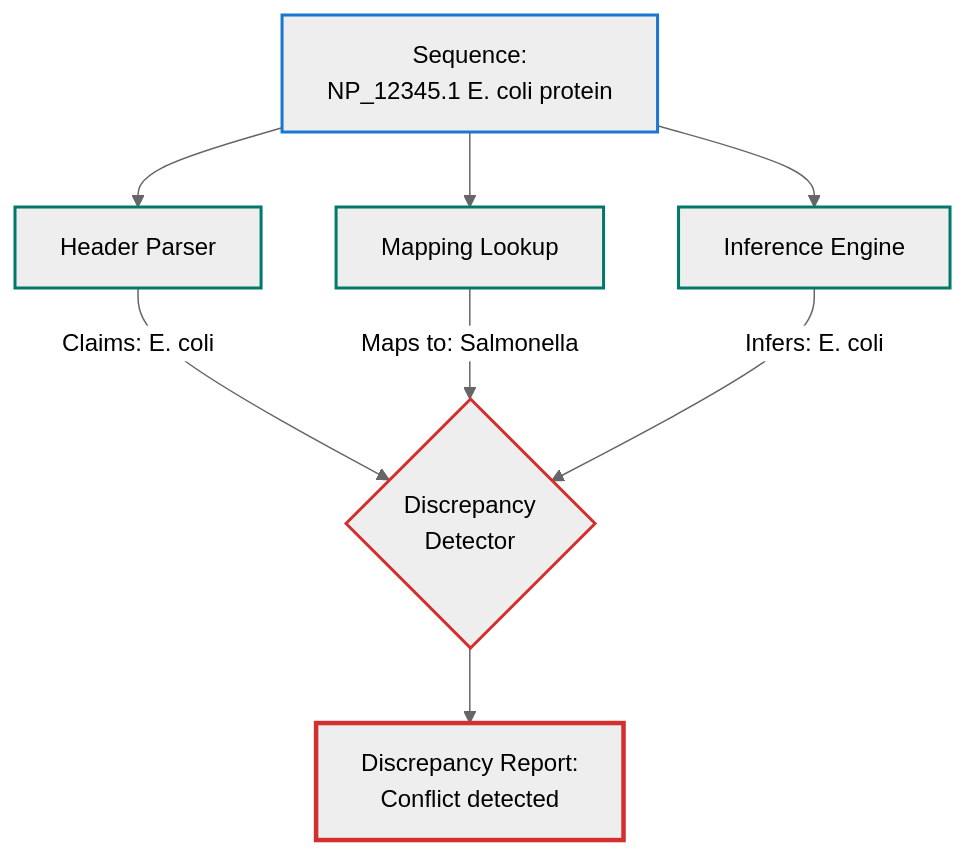
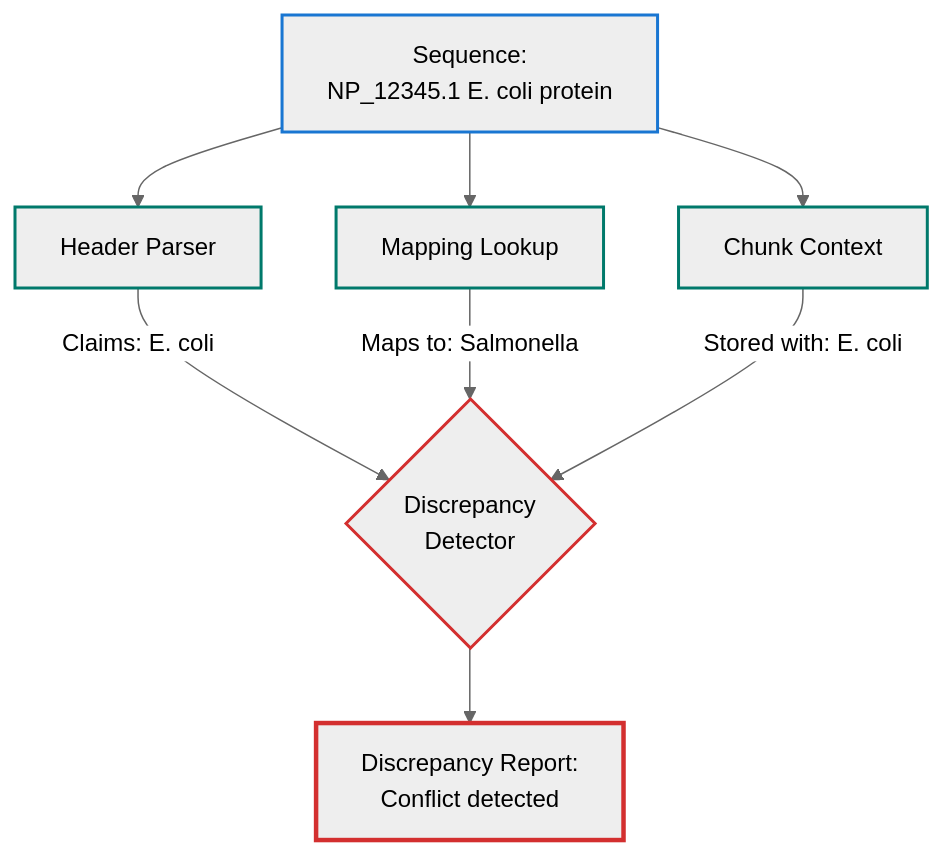
Before and after one commit to bfowle/talaria: the seventh of 7 diagrams in docs/src/casg/overview.md, drawn with Mermaid (neutral theme). The commit also changed other lines of this file and 168 other files, not shown here.

````diff
--- a/docs/src/casg/overview.md
+++ b/docs/src/casg/overview.md
@@ -496,25 +686,25 @@
 ```mermaid
 graph TD
     Seq[Sequence:<br/>NP_12345.1 E. coli protein]
 
     H[Header Parser]
     M[Mapping Lookup]
-    I[Inference Engine]
+    C[Chunk Context]
 
     Seq --> H
     Seq --> M
-    Seq --> I
+    Seq --> C
 
     H --> |Claims: E. coli| D{Discrepancy<br/>Detector}
     M --> |Maps to: Salmonella| D
-    I --> |Infers: E. coli| D
+    C --> |Stored with: E. coli| D
 
     D --> Report[Discrepancy Report:<br/>Conflict detected]
 
     style Seq stroke:#1976d2,stroke-width:2px
     style H stroke:#00796b,stroke-width:2px
     style M stroke:#00796b,stroke-width:2px
-    style I stroke:#00796b,stroke-width:2px
+    style C stroke:#00796b,stroke-width:2px
     style D stroke:#d32f2f,stroke-width:2px
     style Report stroke:#d32f2f,stroke-width:3px
 ```
````
